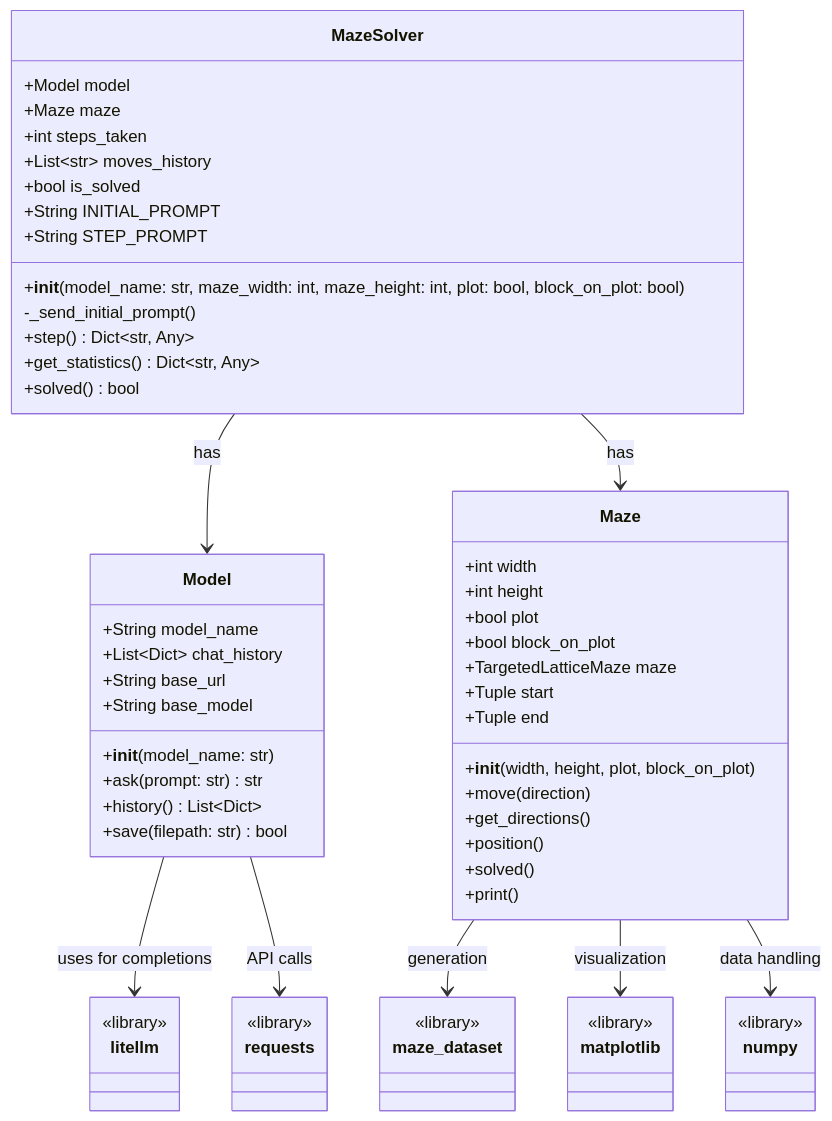
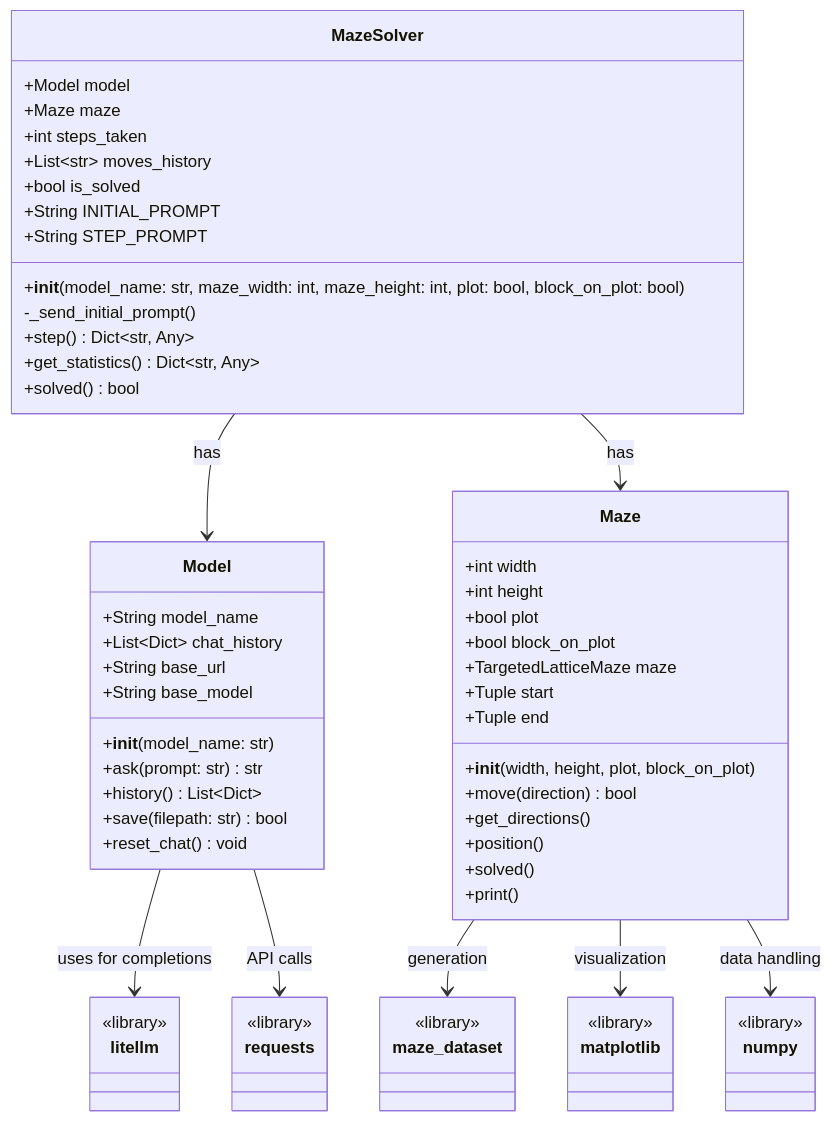
Before and after one commit to Oldranda1414/llm-maze-tester: the diagram in README.md, drawn with Mermaid. The commit also changed 4 other files, not shown here.

````diff
--- a/README.md
+++ b/README.md
@@ -31,72 +31,73 @@
 ```mermaid
 classDiagram
     class Model {
         +String model_name
         +List~Dict~ chat_history
         +String base_url
         +String base_model
         +__init__(model_name: str)
         +ask(prompt: str) str
         +history() List~Dict~
         +save(filepath: str) bool
+        +reset_chat() void
     }
     
     class Maze {
         +int width
         +int height
         +bool plot
         +bool block_on_plot
         +TargetedLatticeMaze maze
         +Tuple start
         +Tuple end
         +__init__(width, height, plot, block_on_plot)
-        +move(direction)
+        +move(direction) bool
         +get_directions()
         +position()
         +solved()
         +print()
     }
     
     class MazeSolver {
         +Model model
         +Maze maze
         +int steps_taken
         +List~str~ moves_history
         +bool is_solved
         +String INITIAL_PROMPT
         +String STEP_PROMPT
         +__init__(model_name: str, maze_width: int, maze_height: int, plot: bool, block_on_plot: bool)
         -_send_initial_prompt()
         +step() Dict~str, Any~
         +get_statistics() Dict~str, Any~
         +solved() bool
     }
     
     class litellm {
         <<library>>
     }
     
     class requests {
         <<library>>
     }
     
     class maze_dataset {
         <<library>>
     }
     
     class matplotlib {
         <<library>>
     }
     
     class numpy {
         <<library>>
     }
     
     Model --> litellm : uses for completions
     Model --> requests : API calls
     Maze --> maze_dataset : generation
     Maze --> matplotlib : visualization
     Maze --> numpy : data handling
     MazeSolver --> Model : has
     MazeSolver --> Maze : has
 ```
````
